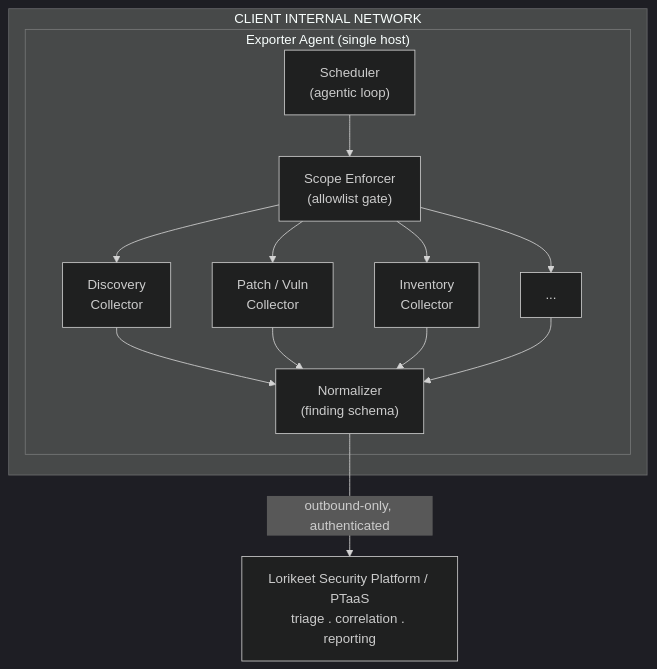
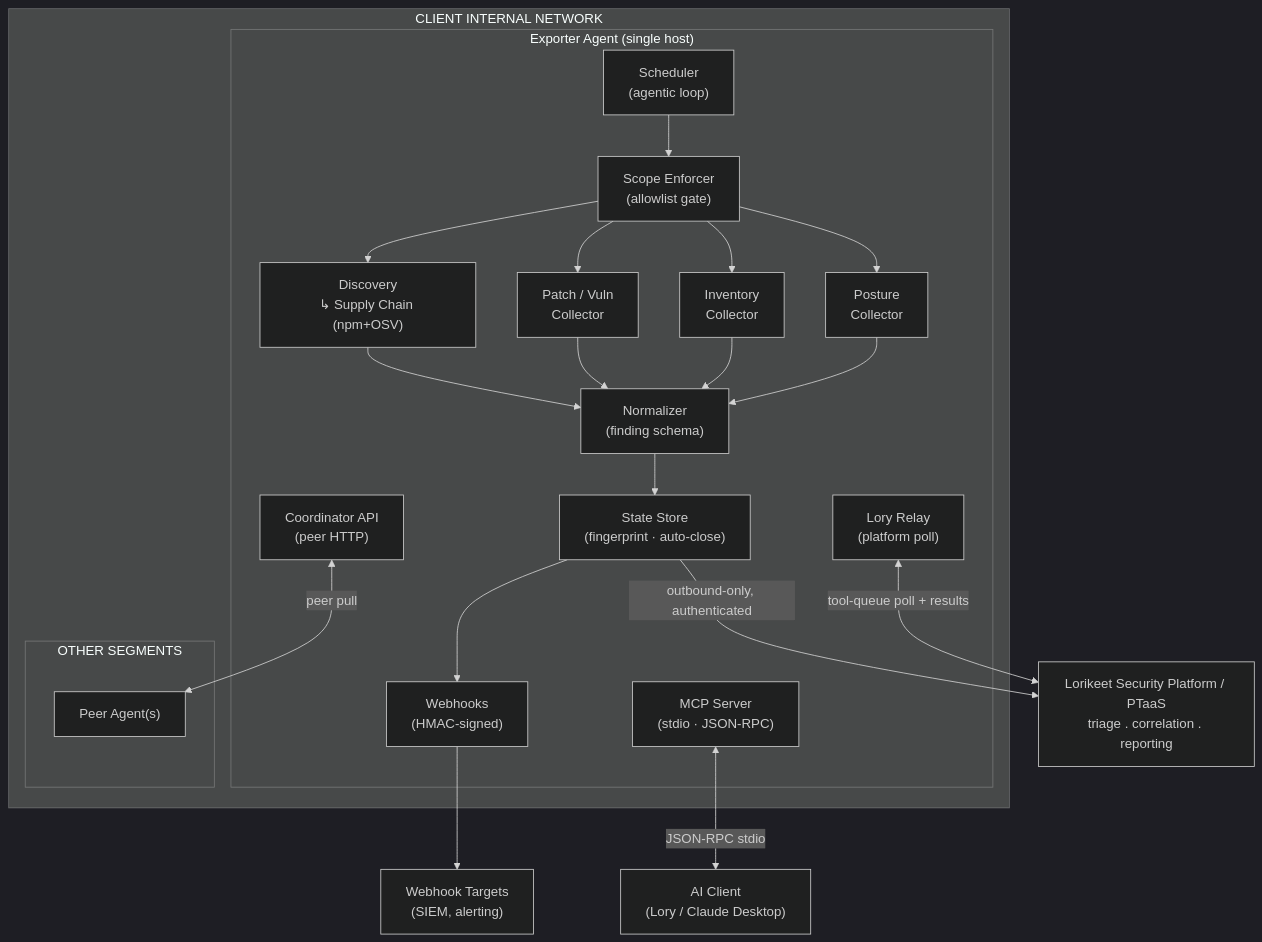
Before and after one commit to Lorikeet-Security/lorikeet-security-agent-exporter: the diagram in README.md, drawn with Mermaid (dark theme). The commit also changed other lines of this file, not shown here.

First line of the commit message:
docs: overhaul README — architecture diagram, MCP tools, config reference, deployment patterns

````diff
--- a/README.md
+++ b/README.md
@@ -54,29 +57,50 @@
 ```mermaid
 flowchart TB
     subgraph NET["CLIENT INTERNAL NETWORK"]
         subgraph AGENT["Exporter Agent (single host)"]
             SCHED["Scheduler<br/>(agentic loop)"]
             SCOPE["Scope Enforcer<br/>(allowlist gate)"]
             SCHED --> SCOPE
 
-            DISC["Discovery<br/>Collector"]
+            DISC["Discovery<br/>↳ Supply Chain (npm+OSV)"]
             PATCH["Patch / Vuln<br/>Collector"]
             INV["Inventory<br/>Collector"]
-            MORE["..."]
+            POSTURE["Posture<br/>Collector"]
 
             SCOPE --> DISC
             SCOPE --> PATCH
             SCOPE --> INV
-            SCOPE --> MORE
+            SCOPE --> POSTURE
 
             NORM["Normalizer<br/>(finding schema)"]
             DISC --> NORM
             PATCH --> NORM
             INV --> NORM
-            MORE --> NORM
+            POSTURE --> NORM
+
+            SS["State Store<br/>(fingerprint · auto-close)"]
+            NORM --> SS
+
+            WH["Webhooks<br/>(HMAC-signed)"]
+            SS --> WH
+
+            MCP["MCP Server<br/>(stdio · JSON-RPC)"]
+            RELAY["Lory Relay<br/>(platform poll)"]
+            COORD["Coordinator API<br/>(peer HTTP)"]
+        end
+
+        subgraph PEERS["OTHER SEGMENTS"]
+            PA["Peer Agent(s)"]
         end
     end
 
     PLATFORM["Lorikeet Security Platform / PTaaS<br/>triage . correlation . reporting"]
-    NORM -->|"outbound-only, authenticated"| PLATFORM
+    AITOOL["AI Client<br/>(Lory / Claude Desktop)"]
+    WHURL["Webhook Targets<br/>(SIEM, alerting)"]
+
+    SS -->|"outbound-only, authenticated"| PLATFORM
+    RELAY <-->|"tool-queue poll + results"| PLATFORM
+    MCP <-->|"JSON-RPC stdio"| AITOOL
+    WH --> WHURL
+    COORD <-->|"peer pull"| PA
 ```
````
